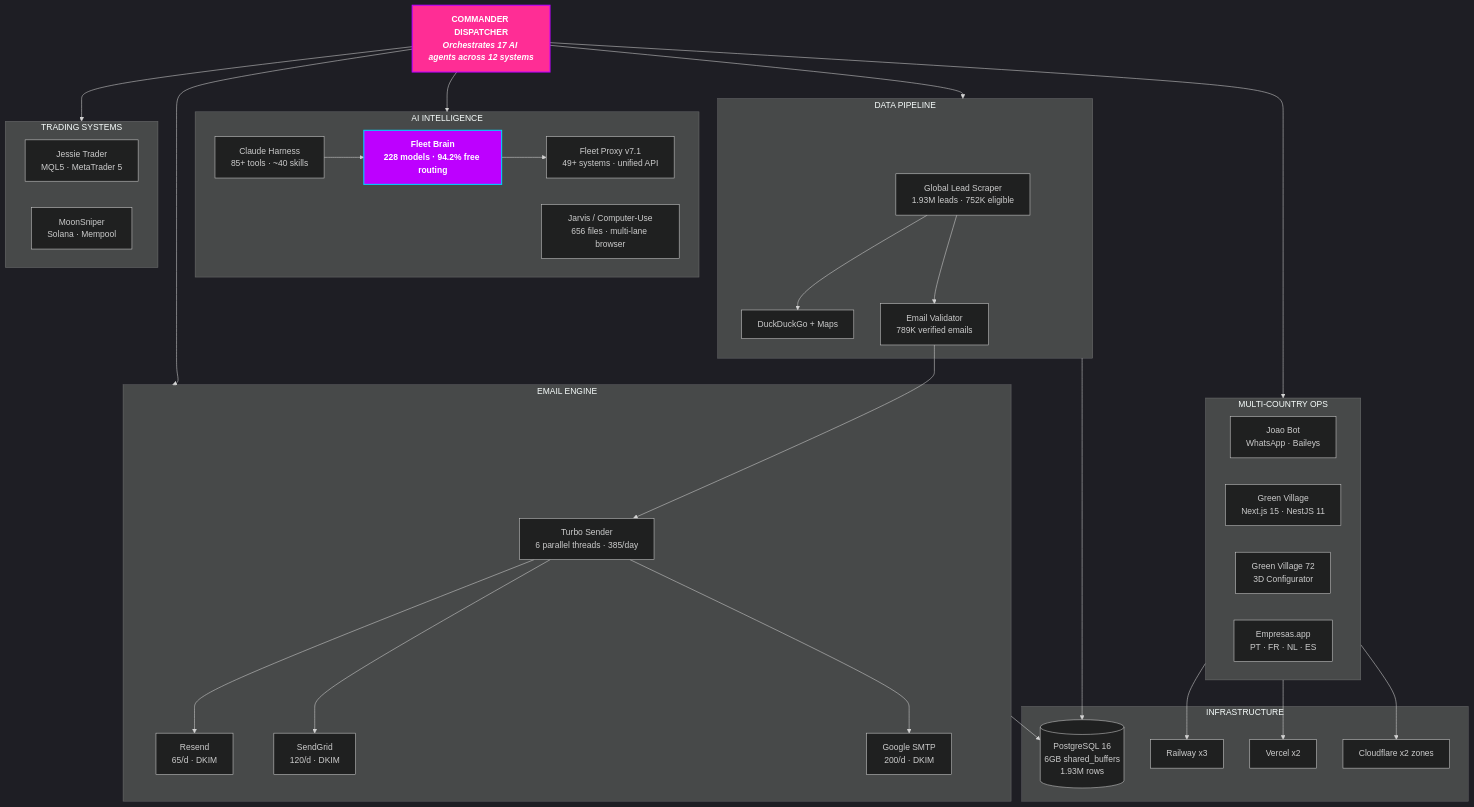
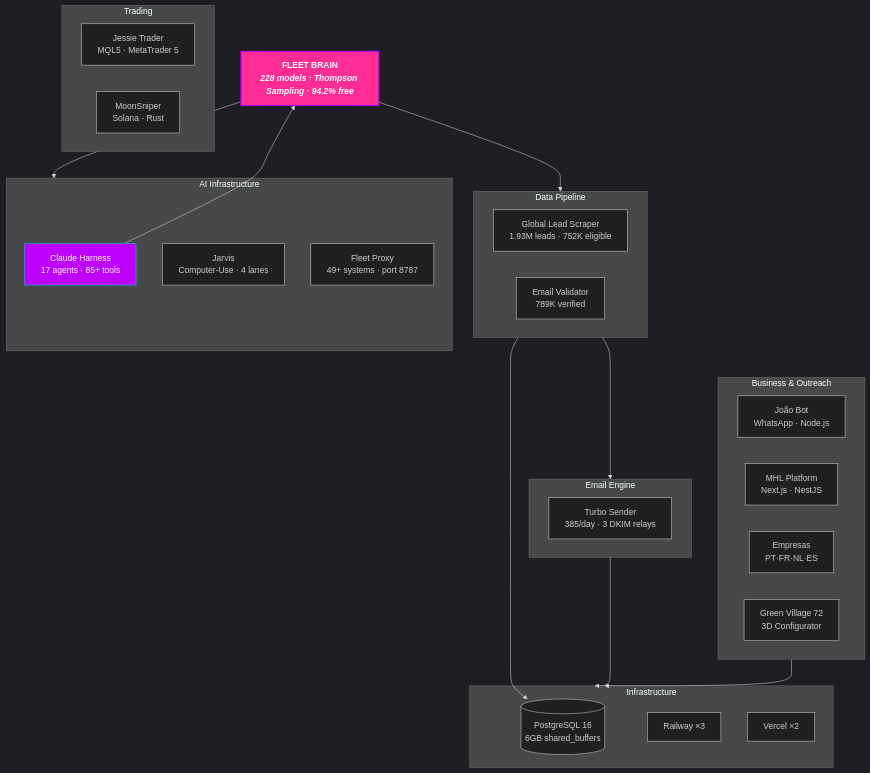
One commit to MatheusAgueda/MatheusAgueda changed the diagram in README.md. Above: the diagram before and after it, drawn with Mermaid. The commit also changed other lines of this file, not shown here.

````diff
--- a/README.md
+++ b/README.md
@@ -295,70 +168,50 @@
 ```mermaid
 %%{init: {'theme': 'dark'}}%%
 
 graph TB
-    CMD["COMMANDER DISPATCHER<br/><i>Orchestrates 17 AI agents across 12 systems</i>"]
+    FLEET["FLEET BRAIN<br/><i>228 models · Thompson Sampling · 94.2% free</i>"]
 
-    subgraph FLEET["AI INTELLIGENCE"]
-        FB["Fleet Brain<br/>228 models · 94.2% free routing"]
-        PROXY["Fleet Proxy v7.1<br/>49+ systems · unified API"]
-        JARVIS["Jarvis / Computer-Use<br/>656 files · multi-lane browser"]
-        HARNESS["Claude Harness<br/>85+ tools · ~40 skills"]
+    subgraph DATA["Data Pipeline"]
+        GLS["Global Lead Scraper<br/>1.93M leads · 752K eligible"]
+        VALID["Email Validator<br/>789K verified"]
     end
 
-    subgraph DATA["DATA PIPELINE"]
-        GLS["Global Lead Scraper<br/>1.93M leads · 752K eligible"]
-        DDG["DuckDuckGo + Maps"]
-        VALID["Email Validator<br/>789K verified emails"]
+    subgraph MAIL["Email Engine"]
+        TURBO["Turbo Sender<br/>385/day · 3 DKIM relays"]
     end
 
-    subgraph MAIL["EMAIL ENGINE"]
-        TURBO["Turbo Sender<br/>6 parallel threads · 385/day"]
-        R1["Resend<br/>65/d · DKIM"]
-        R2["SendGrid<br/>120/d · DKIM"]
-        R3["Google SMTP<br/>200/d · DKIM"]
+    subgraph BUSINESS["Business & Outreach"]
+        JOAO["João Bot<br/>WhatsApp · Node.js"]
+        MHL["MHL Platform<br/>Next.js · NestJS"]
+        EMP["Empresas<br/>PT·FR·NL·ES"]
+        GV72["Green Village 72<br/>3D Configurator"]
     end
 
-    subgraph TRADE["TRADING SYSTEMS"]
+    subgraph TRADE["Trading"]
         JESSIE["Jessie Trader<br/>MQL5 · MetaTrader 5"]
-        MOON["MoonSniper<br/>Solana · Mempool"]
+        MOON["MoonSniper<br/>Solana · Rust"]
     end
 
-    subgraph BIZ["MULTI-COUNTRY OPS"]
-        JOAO["Joao Bot<br/>WhatsApp · Baileys"]
-        GV["Green Village<br/>Next.js 15 · NestJS 11"]
-        GV72["Green Village 72<br/>3D Configurator"]
-        EMP["Empresas.app<br/>PT · FR · NL · ES"]
+    subgraph AI["AI Infrastructure"]
+        HARNESS["Claude Harness<br/>17 agents · 85+ tools"]
+        JARVIS["Jarvis<br/>Computer-Use · 4 lanes"]
+        PROXY["Fleet Proxy<br/>49+ systems · port 8787"]
     end
 
-    subgraph INFRA["INFRASTRUCTURE"]
-        PG[("PostgreSQL 16<br/>6GB shared_buffers<br/>1.93M rows")]
-        RW["Railway x3"]
-        VC["Vercel x2"]
-        CF["Cloudflare x2 zones"]
+    subgraph INFRA["Infrastructure"]
+        PG[("PostgreSQL 16<br/>6GB shared_buffers")]
+        RW["Railway ×3"]
+        VC["Vercel ×2"]
     end
 
-    CMD --> FLEET
-    CMD --> DATA
-    CMD --> MAIL
-    CMD --> TRADE
-    CMD --> BIZ
+    FLEET --> DATA
+    FLEET --> AI
+    DATA --> MAIL
+    DATA --> PG
+    MAIL --> INFRA
+    BUSINESS --> INFRA
+    HARNESS --> FLEET
 
-    GLS --> DDG
-    GLS --> VALID
-    VALID --> TURBO
-    TURBO --> R1
-    TURBO --> R2
-    TURBO --> R3
-
-    FB --> PROXY
-    HARNESS --> FB
-
-    DATA --> PG
-    MAIL --> PG
-    BIZ --> RW
-    BIZ --> VC
-    BIZ --> CF
-
-    style CMD fill:#FF2D95,stroke:#BD00FF,color:#fff,font-weight:bold,stroke-width:2px
-    style FB fill:#BD00FF,stroke:#00D4FF,color:#fff,font-weight:bold,stroke-width:2px
+    style FLEET fill:#FF2D95,stroke:#BD00FF,color:#fff,font-weight:bold,stroke-width:2px
+    style HARNESS fill:#BD00FF,stroke:#00D4FF,color:#fff
 ```
````
